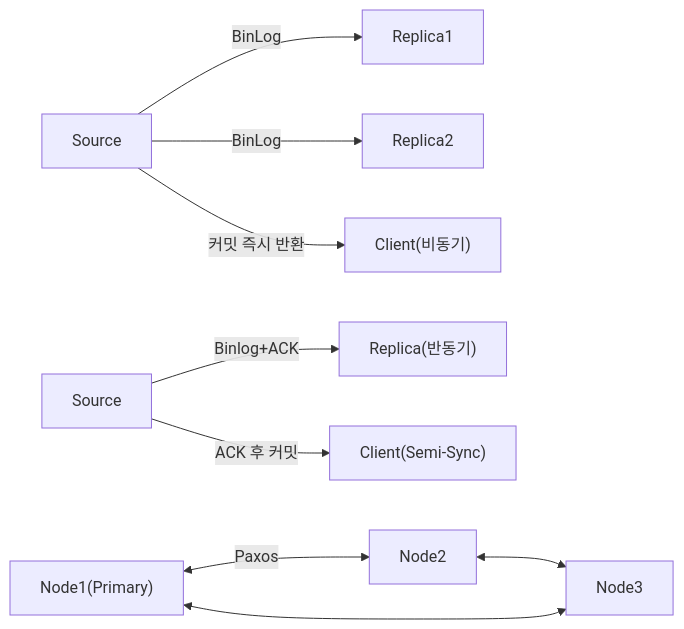
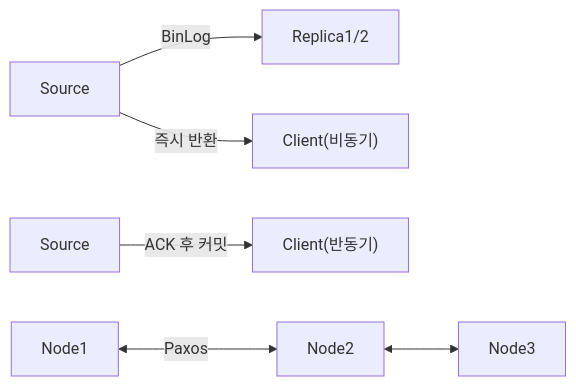
Before and after one commit to yjkim2015/yjkim2015.github.io: diagram 12 of 15 in _posts/db/2026-05-01-db-comparison.md, drawn with Mermaid. The commit also changed other lines of this file and 155 other files, not shown here.

First line of the commit message:
Mermaid 전면 수정: subgraph 제거, participant/노드/줄수 축소 (342블록)

````diff
--- a/_posts/db/2026-05-01-db-comparison.md
+++ b/_posts/db/2026-05-01-db-comparison.md
@@ -377,11 +366,8 @@
 ```mermaid
 graph LR
-    S1["Source"] -->|"BinLog"| R1["Replica1"]
-    S1 -->|"BinLog"| R2["Replica2"]
-    S1 -->|"커밋 즉시 반환"| CL1["Client(비동기)"]
-    S2["Source"] -->|"Binlog+ACK"| R3["Replica(반동기)"]
-    S2 -->|"ACK 후 커밋"| CL2["Client(Semi-Sync)"]
-    N1["Node1(Primary)"] <-->|"Paxos"| N2["Node2"]
+    S1["Source"] -->|"BinLog"| R1["Replica1/2"]
+    S1 -->|"즉시 반환"| CL1["Client(비동기)"]
+    S2["Source"] -->|"ACK 후 커밋"| CL2["Client(반동기)"]
+    N1["Node1"] <-->|"Paxos"| N2["Node2"]
     N2 <--> N3["Node3"]
-    N1 <--> N3
 ```
````
